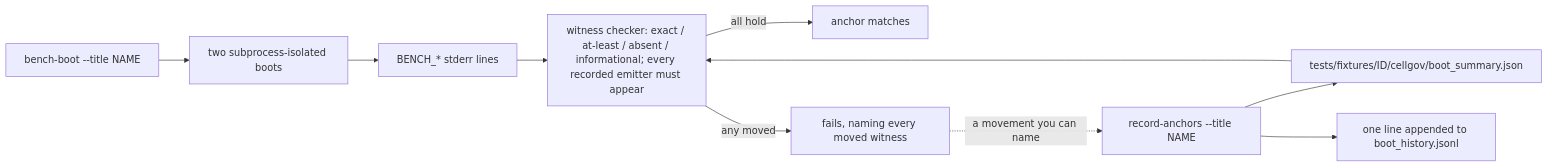
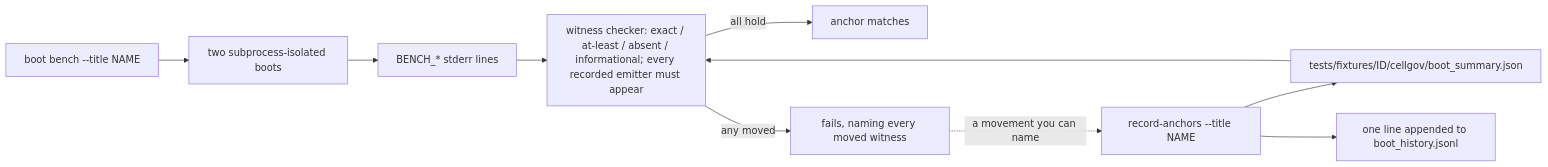
One commit to RoyalAce22/CellGov changed the first of 2 diagrams in docs/architecture/title_harness.md. Above: the diagram before and after it, drawn with Mermaid. The commit also changed other lines of this file and 159 other files, not shown here.

````diff
--- a/docs/architecture/title_harness.md
+++ b/docs/architecture/title_harness.md
@@ -78,12 +78,12 @@
 ```mermaid
 flowchart LR
-  bb["bench-boot --title NAME"] --> boot["two subprocess-isolated boots"]
+  bb["boot bench --title NAME"] --> boot["two subprocess-isolated boots"]
   boot --> lines["BENCH_* stderr lines"]
   lines --> chk["witness checker: exact / at-least / absent / informational; every recorded emitter must appear"]
   base["tests/fixtures/ID/cellgov/boot_summary.json"] --> chk
   chk -->|all hold| ok["anchor matches"]
   chk -->|any moved| fail["fails, naming every moved witness"]
   fail -.->|a movement you can name| ra["record-anchors --title NAME"]
   ra --> base
   ra --> hist["one line appended to boot_history.jsonl"]
 ```
````
